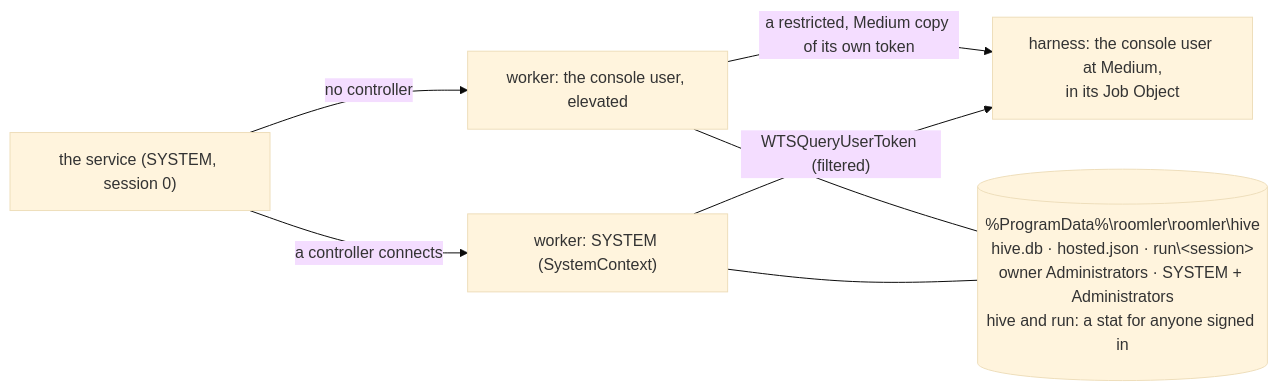
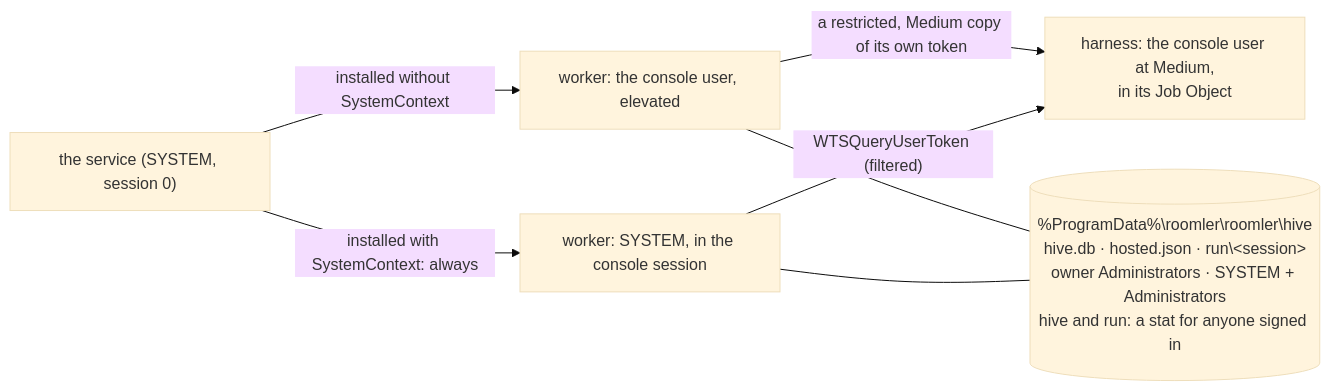
The ninth of 12 diagrams in docs/fr/FR-90-hive-agent-sessions.md (gjovanov/roomler-ai), drawn with Mermaid (base theme) before and after one commit. The commit also changed other lines of this file and 1 other file, not shown here.

First line of the commit message:
docs(fr-90): P1i-4 field-verified on Windows: AC3, AC20, AC7, and a remote-desktop connection swaps no worker (#1827) (#1923)

````diff
--- a/docs/fr/FR-90-hive-agent-sessions.md
+++ b/docs/fr/FR-90-hive-agent-sessions.md
@@ -497,9 +501,9 @@
 ```mermaid
 flowchart LR
-    SVC["the service (SYSTEM, session 0)"] -- "no controller" --> U["worker: the console user, elevated"]
-    SVC -- "a controller connects" --> S["worker: SYSTEM (SystemContext)"]
+    SVC["the service (SYSTEM, session 0)"] -- "installed without SystemContext" --> U["worker: the console user, elevated"]
+    SVC -- "installed with SystemContext: always" --> S["worker: SYSTEM, in the console session"]
     U -- "a restricted, Medium copy of its own token" --> H["harness: the console user at Medium,<br/>in its Job Object"]
     S -- "WTSQueryUserToken (filtered)" --> H
     U --- D[("%ProgramData%\roomler\roomler\hive<br/>hive.db · hosted.json · run\&lt;session&gt;<br/>owner Administrators · SYSTEM + Administrators<br/>hive and run: a stat for anyone signed in")]
     S --- D
 ```
````
